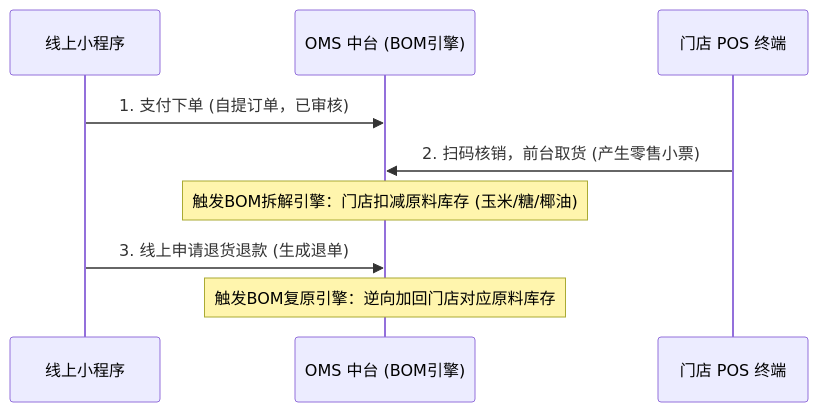
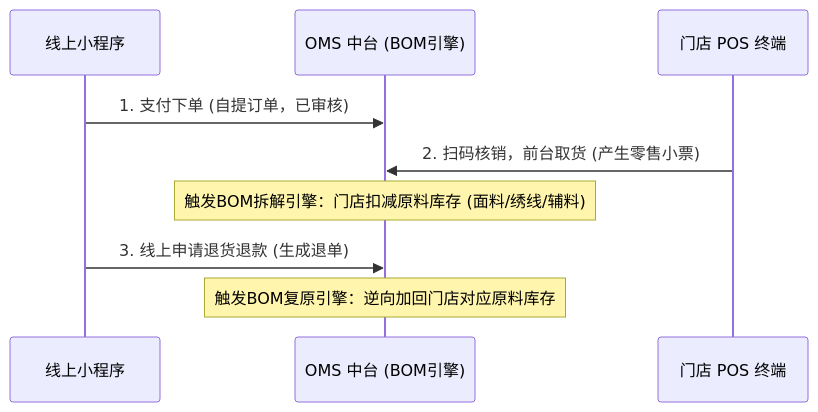
The fifth of 5 diagrams in README.md (LOSKING/oms-demo), drawn with Mermaid before and after one commit. The commit also changed other lines of this file and 4 other files, not shown here.

````diff
--- a/README.md
+++ b/README.md
@@ -121,11 +121,11 @@
 ```mermaid
 sequenceDiagram
     participant Client as 线上小程序
     participant OMS as OMS 中台 (BOM引擎)
     participant POS as 门店 POS 终端
     Client->>OMS: 1. 支付下单 (自提订单，已审核)
     POS->>OMS: 2. 扫码核销，前台取货 (产生零售小票)
-    Note over OMS: 触发BOM拆解引擎：门店扣减原料库存 (玉米/糖/椰油)
+    Note over OMS: 触发BOM拆解引擎：门店扣减原料库存 (面料/绣线/辅料)
     Client->>OMS: 3. 线上申请退货退款 (生成退单)
     Note over OMS: 触发BOM复原引擎：逆向加回门店对应原料库存
 ```
````
